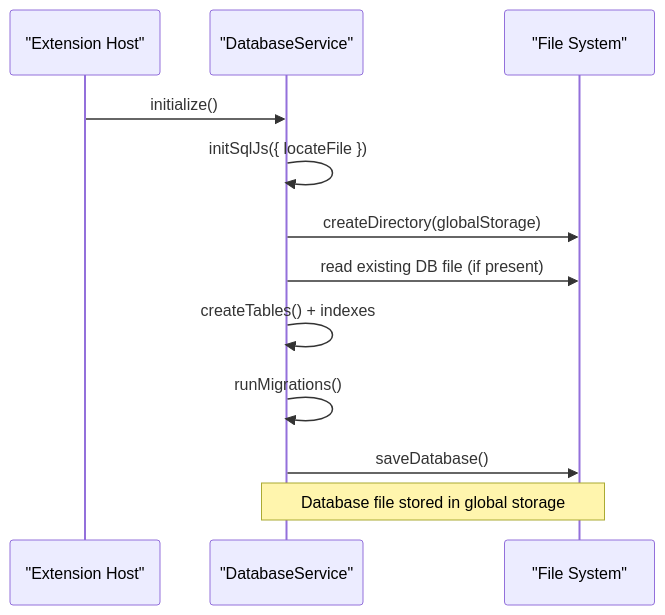
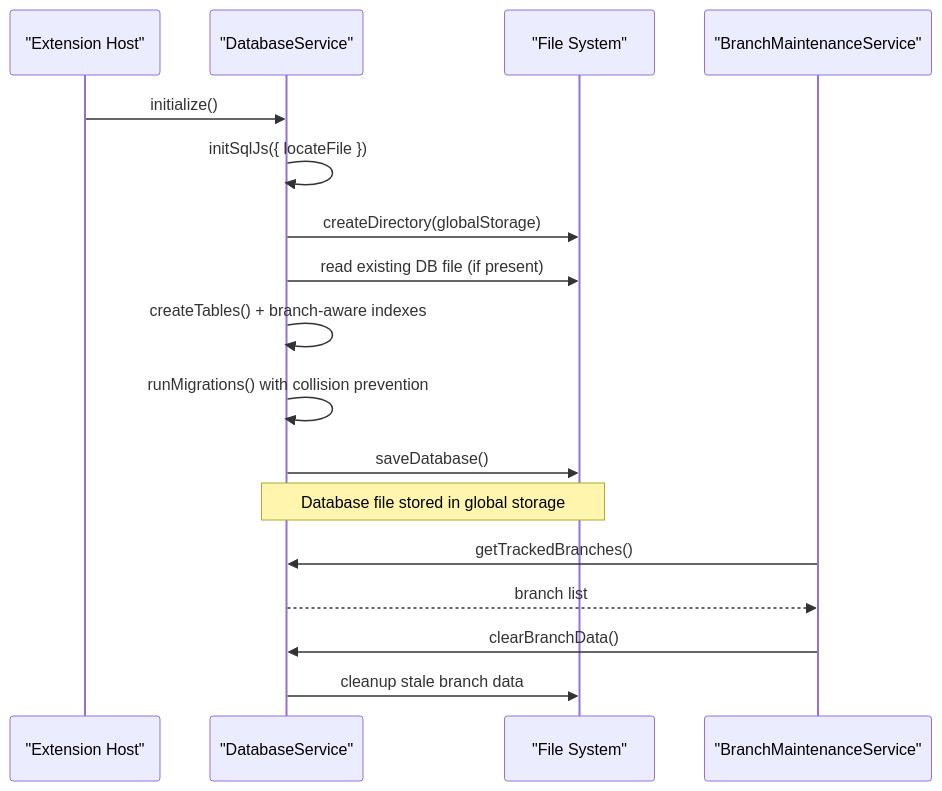
One commit to bramburn/repomix-runner changed the second of 4 diagrams in .qoder/repowiki/en/content/Storage System/Database Service.md. Above: the diagram before and after it, drawn with Mermaid. The commit also changed other lines of this file and 19 other files, not shown here.

````diff
--- a/.qoder/repowiki/en/content/Storage System/Database Service.md
+++ b/.qoder/repowiki/en/content/Storage System/Database Service.md
@@ -83,14 +108,19 @@
 ```mermaid
 sequenceDiagram
 participant Ext as "Extension Host"
 participant DB as "DatabaseService"
 participant FS as "File System"
+participant BMS as "BranchMaintenanceService"
 Ext->>DB : initialize()
 DB->>DB : initSqlJs({ locateFile })
 DB->>FS : createDirectory(globalStorage)
 DB->>FS : read existing DB file (if present)
-DB->>DB : createTables() + indexes
-DB->>DB : runMigrations()
+DB->>DB : createTables() + branch-aware indexes
+DB->>DB : runMigrations() with collision prevention
 DB->>FS : saveDatabase()
 Note over DB,FS : Database file stored in global storage
+BMS->>DB : getTrackedBranches()
+DB-->>BMS : branch list
+BMS->>DB : clearBranchData()
+DB->>FS : cleanup stale branch data
 ```
````
